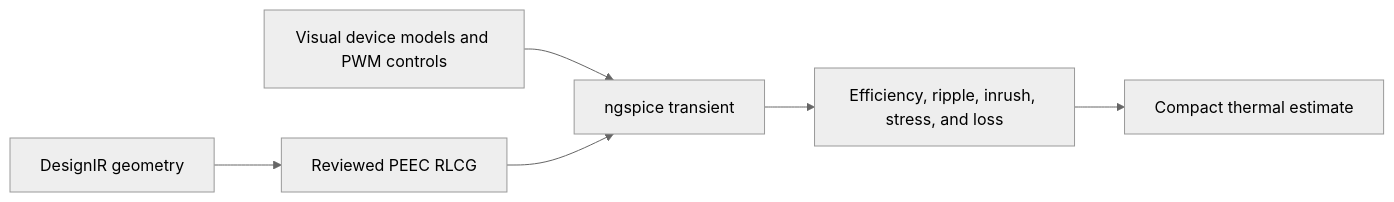
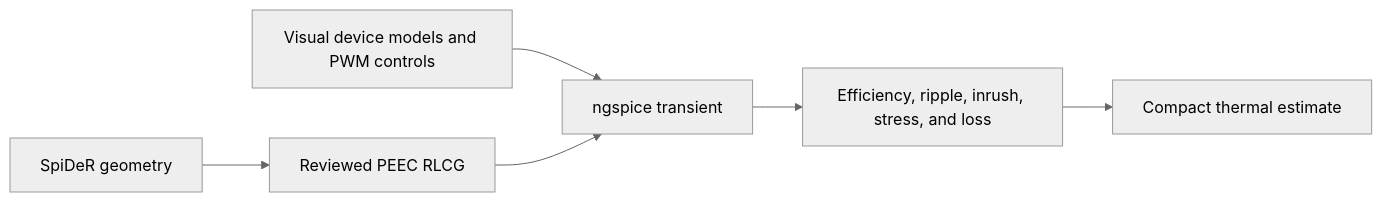
The diagram in docs/CONVERTER_STUDY.md (krishna-swaroop/SPIKE), drawn with Mermaid (neutral theme) before and after one commit. The commit also changed 523 other files, not shown here.

````diff
--- a/docs/CONVERTER_STUDY.md
+++ b/docs/CONVERTER_STUDY.md
@@ -78,8 +78,8 @@
 ```mermaid
 flowchart LR
-  A["DesignIR geometry"] --> B["Reviewed PEEC RLCG"]
+  A["SpiDeR geometry"] --> B["Reviewed PEEC RLCG"]
   C["Visual device models and PWM controls"] --> D["ngspice transient"]
   B --> D
   D --> E["Efficiency, ripple, inrush, stress, and loss"]
   E --> F["Compact thermal estimate"]
 ```
````
